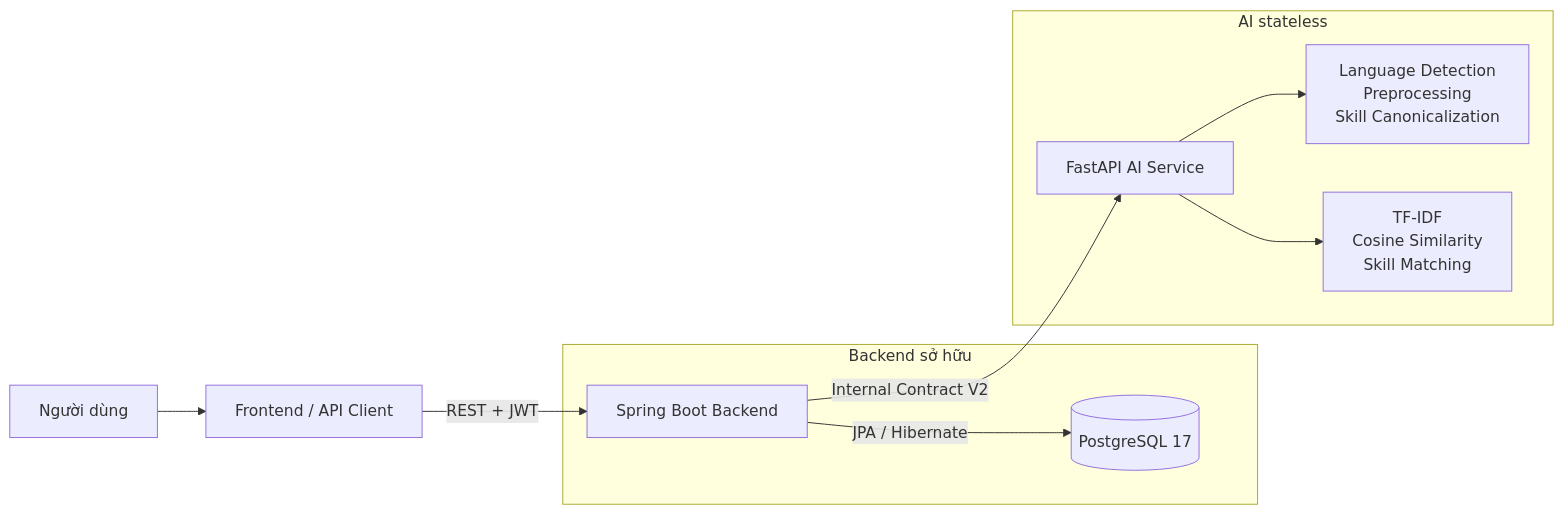
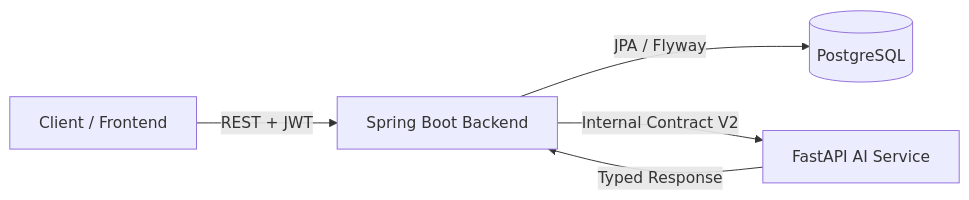
The first of 2 diagrams in README.md (binkadev/student-job-recommendation-system), drawn with Mermaid before and after one commit. The commit also changed other lines of this file, not shown here.

````diff
--- a/README.md
+++ b/README.md
@@ -229,20 +220,12 @@
 ```mermaid
 flowchart LR
-    U[Người dùng] --> FE[Frontend / API Client]
-    FE -->|REST + JWT| BE[Spring Boot Backend]
-    BE -->|JPA / Hibernate| DB[(PostgreSQL 17)]
-    BE -->|Internal Contract V2| AI[FastAPI AI Service]
-    AI --> NLP[Language Detection\nPreprocessing\nSkill Canonicalization]
-    AI --> REC[TF-IDF\nCosine Similarity\nSkill Matching]
+    Client[Client / Frontend]
+    Backend[Spring Boot Backend]
+    DB[(PostgreSQL)]
+    AI[FastAPI AI Service]
 
-    subgraph Backend sở hữu
-      BE
-      DB
-    end
-
-    subgraph AI stateless
-      AI
-      NLP
-      REC
-    end
+    Client -->|REST + JWT| Backend
+    Backend -->|JPA / Flyway| DB
+    Backend -->|Internal Contract V2| AI
+    AI -->|Typed Response| Backend
 ```
````
